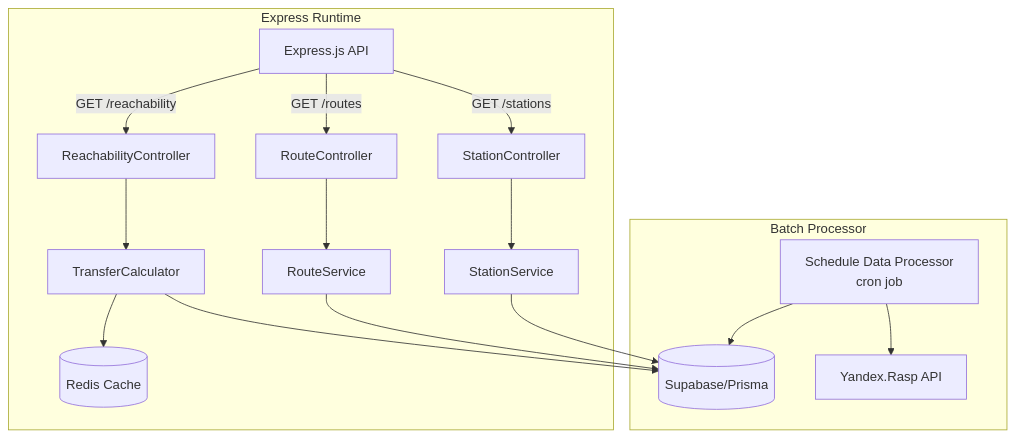
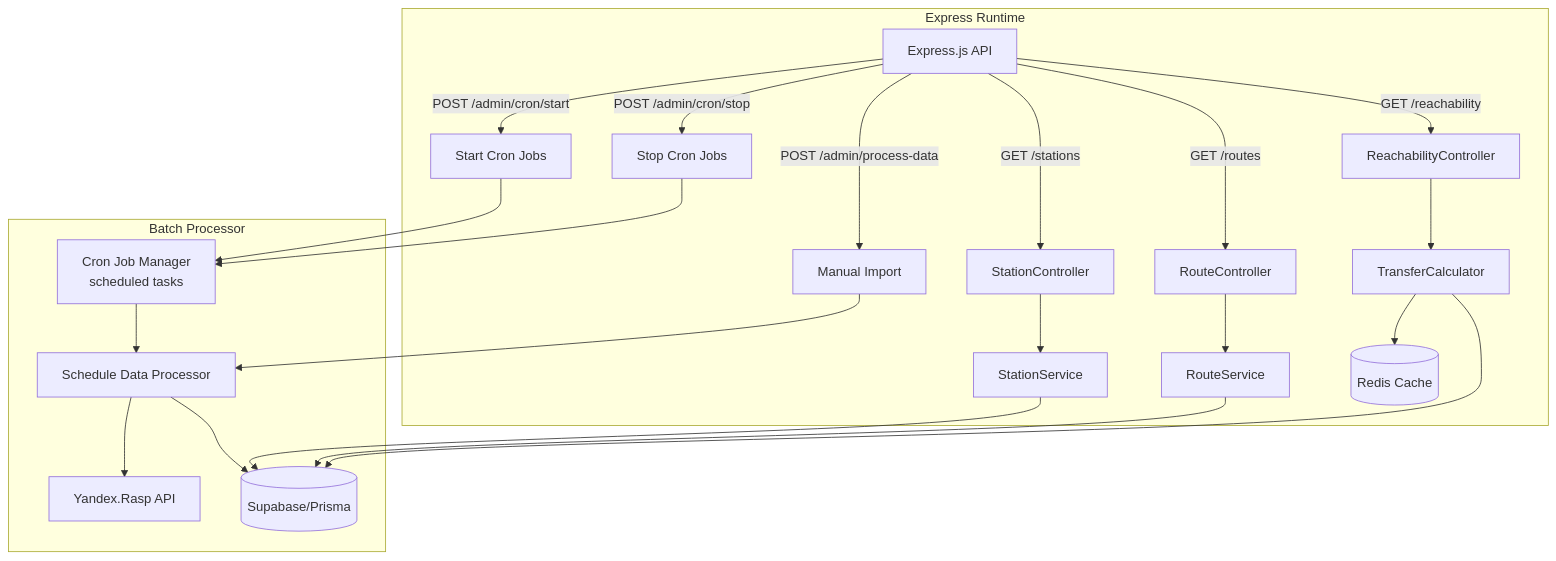
The third of 6 diagrams in docs/arch.md (stone-w4tch3r/where2), drawn with Mermaid before and after one commit. The commit also changed other lines of this file and 6 other files, not shown here.

Commit message:
added cron job import

````diff
--- a/docs/arch.md
+++ b/docs/arch.md
@@ -101,27 +103,35 @@
 ```mermaid
 flowchart TB
   %% Batch import
   subgraph Batch Processor
-    DataProcessor[Schedule Data Processor<br/>cron job]
+    CronJobManager[Cron Job Manager<br/>scheduled tasks]
+    DataProcessor[Schedule Data Processor]
     ExternalAPI[Yandex.Rasp API]
+    CronJobManager --> DataProcessor
     DataProcessor --> ExternalAPI
     DataProcessor --> DB[(Supabase/Prisma)]
   end
 
   %% Runtime API
   subgraph Express Runtime
     API[Express.js API]
     API -->|GET /stations| StationCtrl[StationController]
     API -->|GET /routes| RouteCtrl[RouteController]
     API -->|GET /reachability| ReachCtrl[ReachabilityController]
+    API -->|POST /admin/process-data| ManualImport[Manual Import]
+    API -->|POST /admin/cron/start| CronStart[Start Cron Jobs]
+    API -->|POST /admin/cron/stop| CronStop[Stop Cron Jobs]
 
     StationCtrl --> StationSvc[StationService]
     RouteCtrl   --> RouteSvc[RouteService]
     ReachCtrl   --> ReachSvc[TransferCalculator]
+    ManualImport --> DataProcessor
+    CronStart --> CronJobManager
+    CronStop --> CronJobManager
 
     StationSvc  --> DB
     RouteSvc    --> DB
     ReachSvc    --> DB
     ReachSvc    --> Cache[(Redis Cache)]
   end
 ```
````
